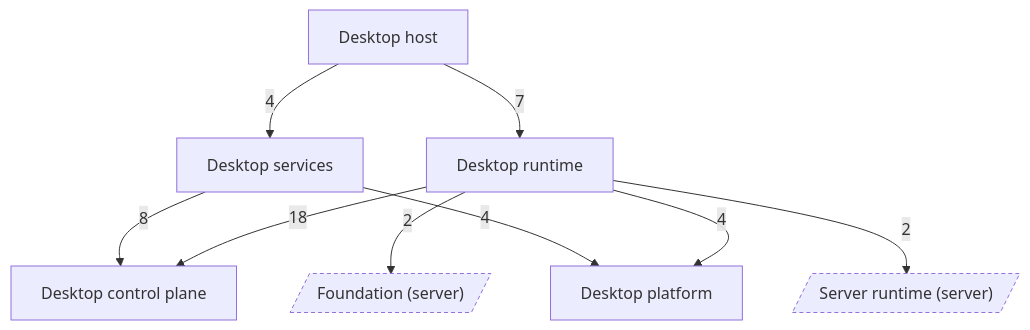
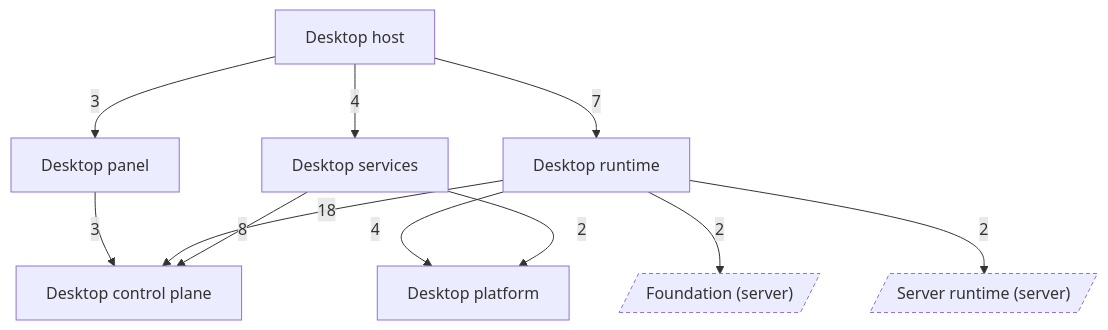
The diagram in docs/atlas/generated/architecture/desktop-groups.md (EdwinZhanCN/Lumilio-Photos), drawn with Mermaid before and after one commit. The commit also changed other lines of this file and 167 other files, not shown here.

````diff
--- a/docs/atlas/generated/architecture/desktop-groups.md
+++ b/docs/atlas/generated/architecture/desktop-groups.md
@@ -9,20 +9,23 @@
 ```mermaid
 flowchart TB
     n_desktop_platform["Desktop platform"]
     n_desktop_control["Desktop control plane"]
     n_desktop_services["Desktop services"]
+    n_desktop_panel["Desktop panel"]
     n_desktop_runtime["Desktop runtime"]
     n_desktop_host["Desktop host"]
     n_foundation[/"Foundation (server)"/]
     n_runtime[/"Server runtime (server)"/]
+    n_desktop_host -->|"3"| n_desktop_panel
     n_desktop_host -->|"7"| n_desktop_runtime
     n_desktop_host -->|"4"| n_desktop_services
+    n_desktop_panel -->|"3"| n_desktop_control
     n_desktop_runtime -->|"18"| n_desktop_control
     n_desktop_runtime -->|"4"| n_desktop_platform
     n_desktop_runtime -->|"2"| n_foundation
     n_desktop_runtime -->|"2"| n_runtime
     n_desktop_services -->|"8"| n_desktop_control
-    n_desktop_services -->|"4"| n_desktop_platform
+    n_desktop_services -->|"2"| n_desktop_platform
     classDef external stroke-dasharray:4 3
     class n_foundation,n_runtime external
 ```
````
